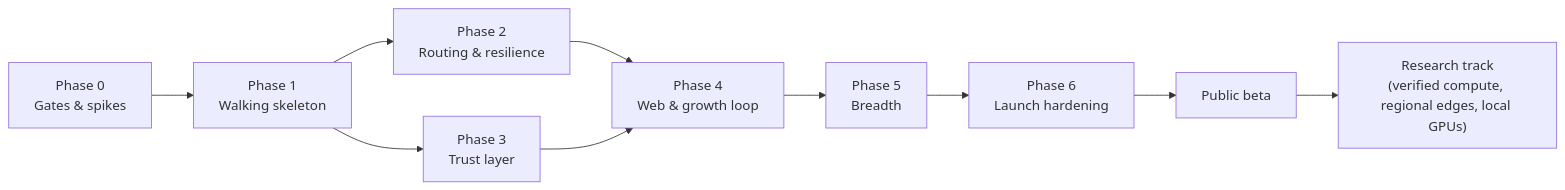
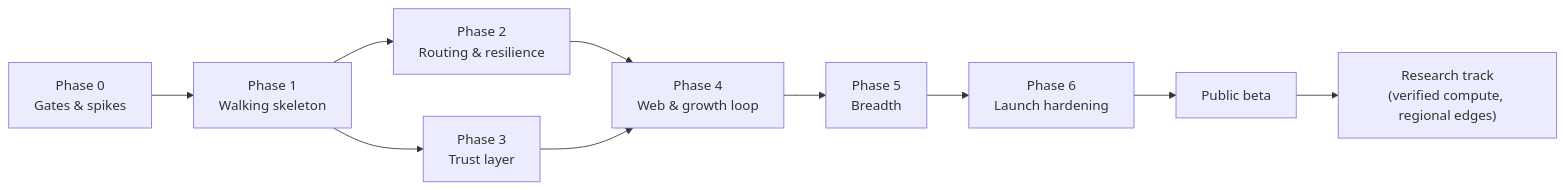
The diagram in docs/plan/11-roadmap-and-testing.md (moochy-dev/moochy-docs), drawn with Mermaid before and after one commit. The commit also changed other lines of this file and 4 other files, not shown here.

````diff
--- a/docs/plan/11-roadmap-and-testing.md
+++ b/docs/plan/11-roadmap-and-testing.md
@@ -22,12 +24,12 @@
 ```mermaid
 flowchart LR
   P0["Phase 0<br/>Gates & spikes"] --> P1["Phase 1<br/>Walking skeleton"]
   P1 --> P2["Phase 2<br/>Routing & resilience"]
   P1 --> P3["Phase 3<br/>Trust layer"]
   P2 --> P4["Phase 4<br/>Web & growth loop"]
   P3 --> P4
   P4 --> P5["Phase 5<br/>Breadth"]
   P5 --> P6["Phase 6<br/>Launch hardening"]
   P6 --> L["Public beta"]
-  L --> R["Research track<br/>(verified compute, regional edges, local GPUs)"]
+  L --> R["Research track<br/>(verified compute, regional edges)"]
 ```
````
